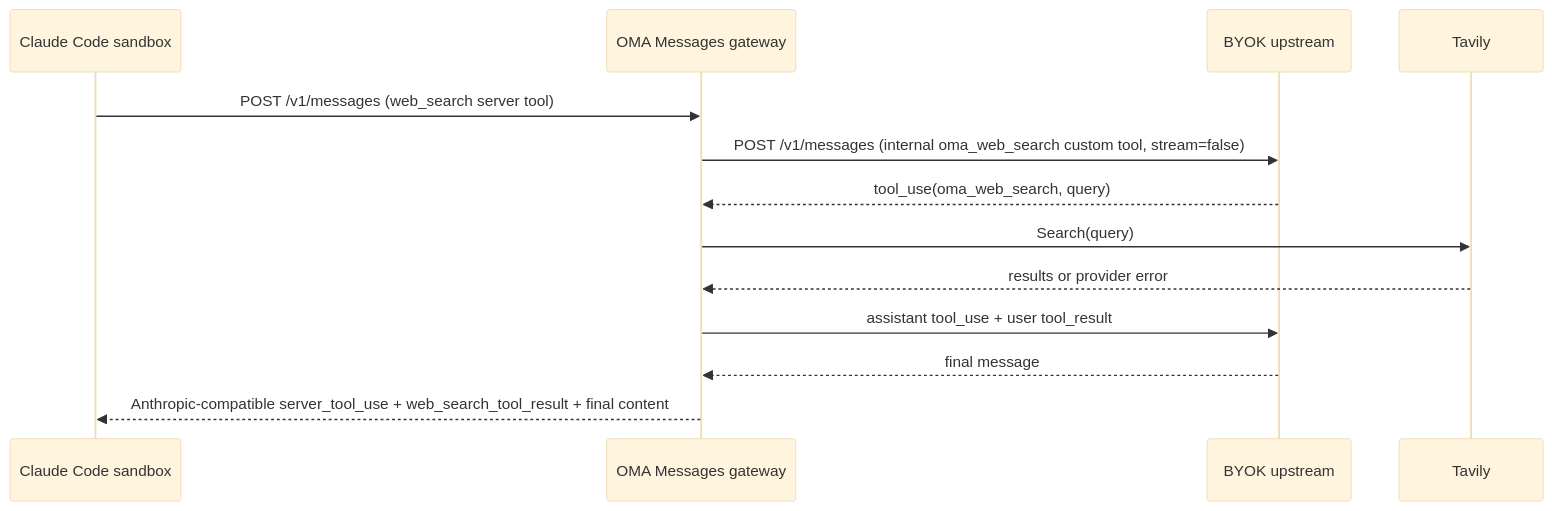
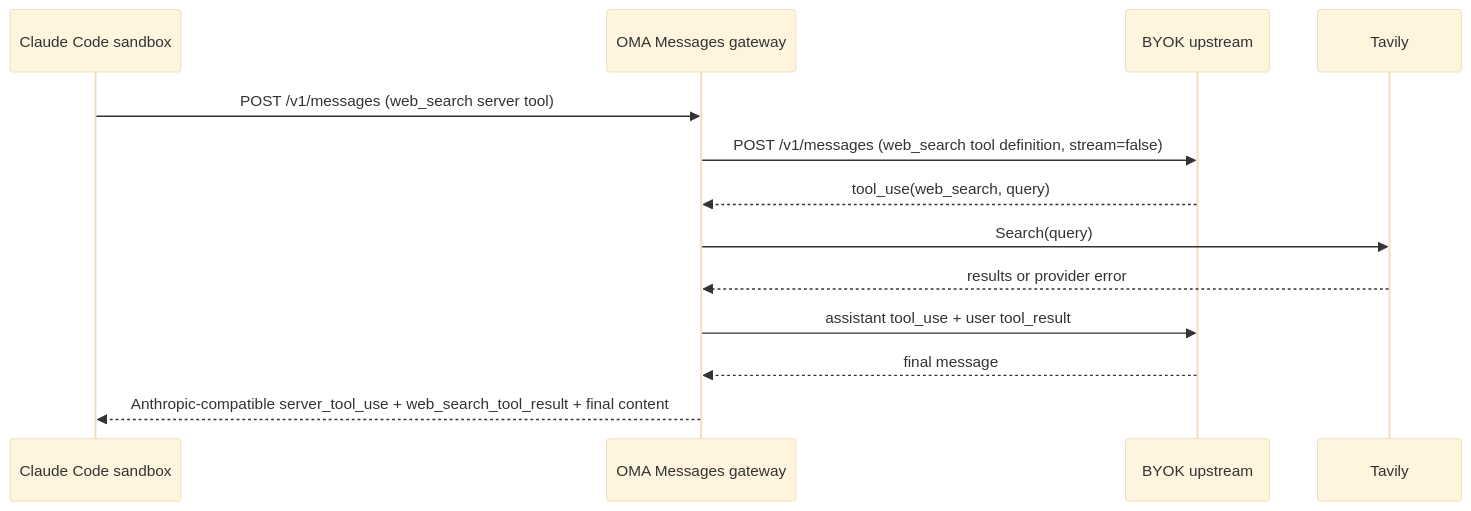
One commit to Postroggy/open-managed-agents changed the first of 2 diagrams in docs/design/be/messages-proxy.md. Above: the diagram before and after it, drawn with Mermaid (base theme). The commit also changed 3 other files, not shown here.

Commit message:
Simplify web search tool projection

````diff
--- a/docs/design/be/messages-proxy.md
+++ b/docs/design/be/messages-proxy.md
@@ -30,16 +30,16 @@
 ```mermaid
 sequenceDiagram
     participant CC as Claude Code sandbox
     participant OMA as OMA Messages gateway
     participant BYOK as BYOK upstream
     participant Tavily as Tavily
 
     CC->>OMA: POST /v1/messages (web_search server tool)
-    OMA->>BYOK: POST /v1/messages (internal oma_web_search custom tool, stream=false)
-    BYOK-->>OMA: tool_use(oma_web_search, query)
+    OMA->>BYOK: POST /v1/messages (web_search tool definition, stream=false)
+    BYOK-->>OMA: tool_use(web_search, query)
     OMA->>Tavily: Search(query)
     Tavily-->>OMA: results or provider error
     OMA->>BYOK: assistant tool_use + user tool_result
     BYOK-->>OMA: final message
     OMA-->>CC: Anthropic-compatible server_tool_use + web_search_tool_result + final content
 ```
````
